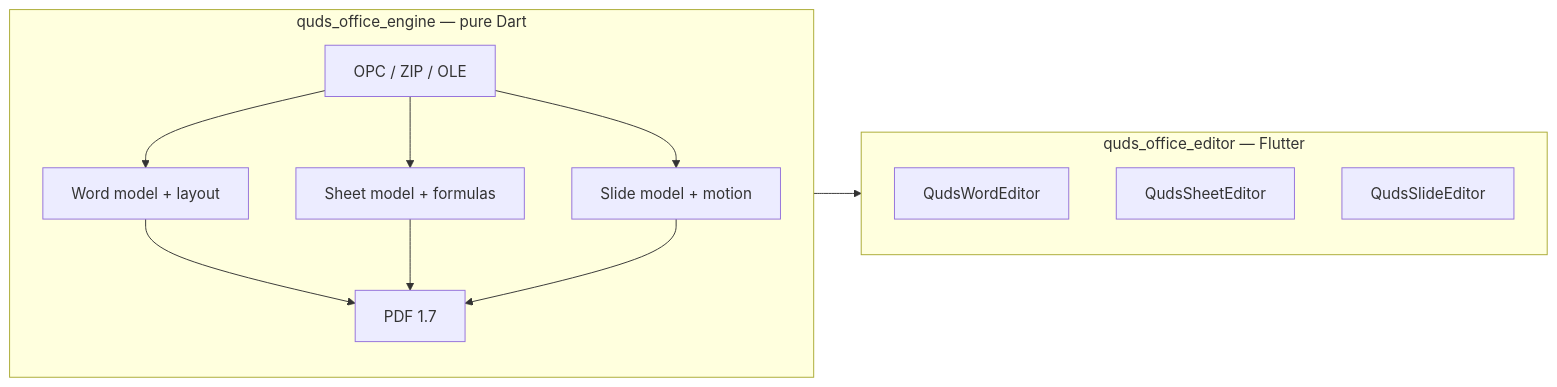
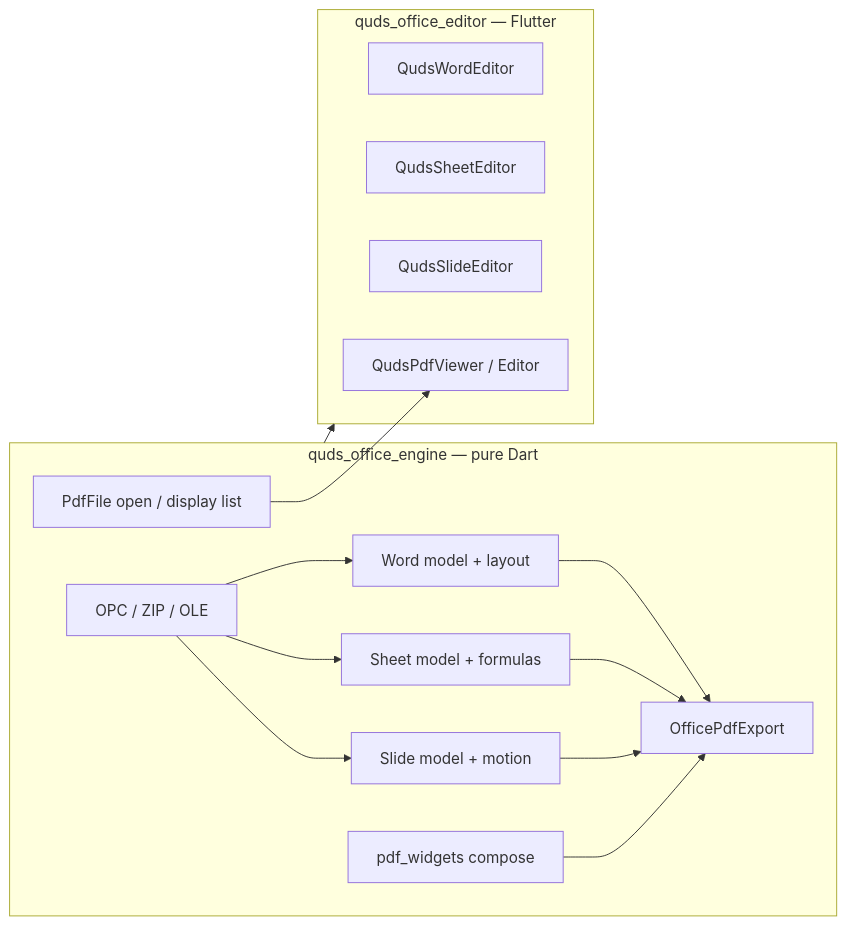
Before and after one commit to MohammedAsaadAsaad/quds_office_suite: the diagram in packages/quds_office_engine/README.md, drawn with Mermaid. The commit also changed other lines of this file and 137 other files, not shown here.

First line of the commit message:
Release 0.3.0: first-class PDF beside Office on pub.dev.

````diff
--- a/packages/quds_office_engine/README.md
+++ b/packages/quds_office_engine/README.md
@@ -46,18 +53,23 @@
 ```mermaid
 flowchart LR
   subgraph engine [quds_office_engine — pure Dart]
     OPC[OPC / ZIP / OLE]
     WML[Word model + layout]
     SML[Sheet model + formulas]
     PML[Slide model + motion]
-    PDF[PDF 1.7]
+    PDFf[PdfFile open / display list]
+    PDFw[pdf_widgets compose]
+    PDFx[OfficePdfExport]
     OPC --> WML & SML & PML
-    WML & SML & PML --> PDF
+    WML & SML & PML --> PDFx
+    PDFw --> PDFx
   end
   subgraph editor [quds_office_editor — Flutter]
     Word[QudsWordEditor]
     Sheet[QudsSheetEditor]
     Slide[QudsSlideEditor]
+    Pdf[QudsPdfViewer / Editor]
   end
   engine --> editor
+  PDFf --> Pdf
 ```
````
